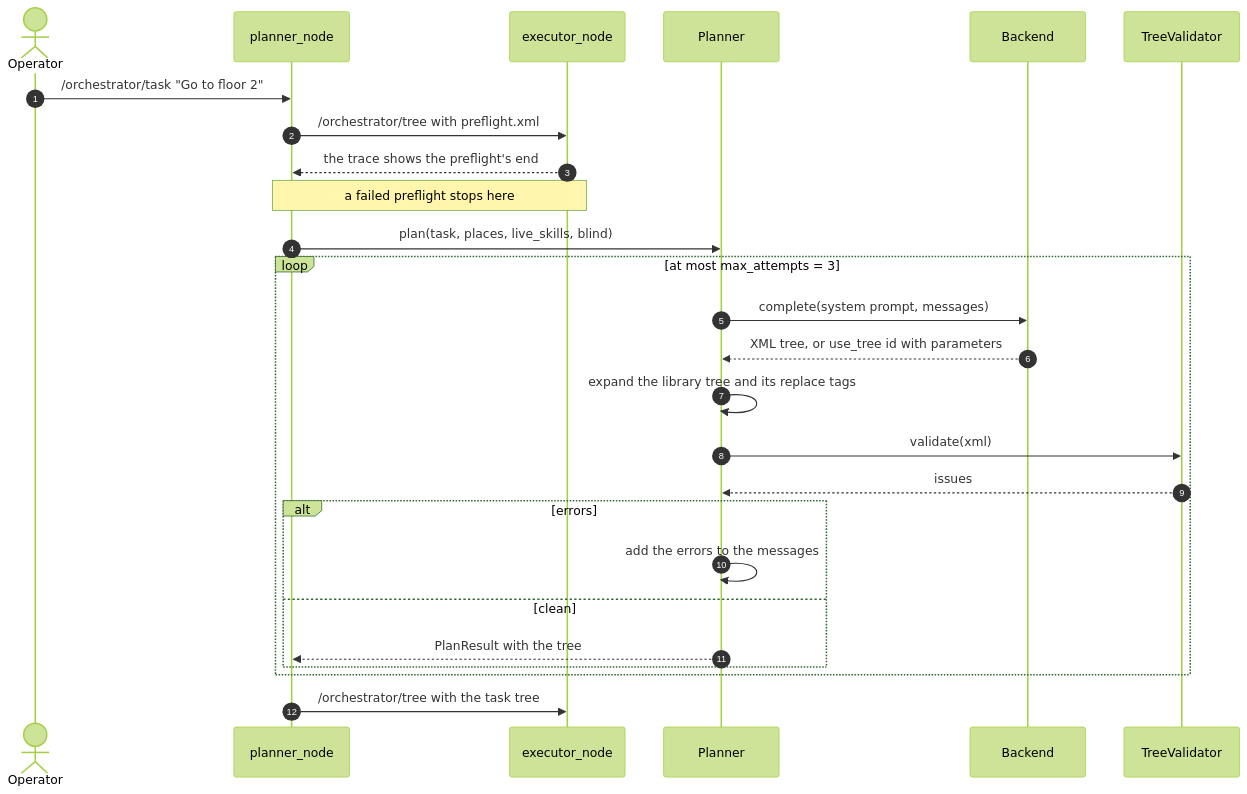
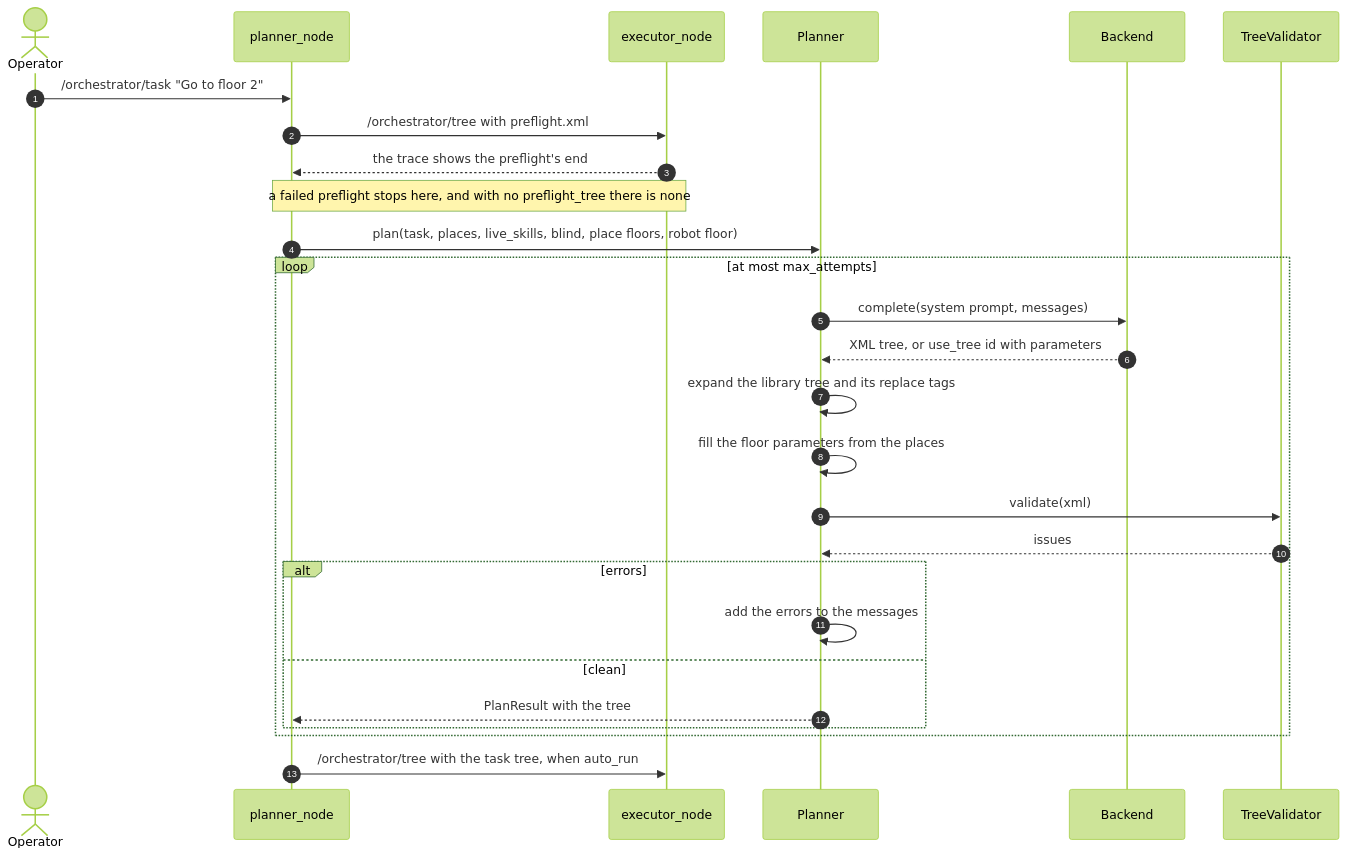
The third of 5 diagrams in docs/design/sequences.md (EigenVectorRobotics/orchestrator), drawn with Mermaid (forest theme) before and after one commit. The commit also changed other lines of this file and 73 other files, not shown here.

````diff
--- a/docs/design/sequences.md
+++ b/docs/design/sequences.md
@@ -90,28 +92,29 @@
 ```mermaid
 sequenceDiagram
   autonumber
   actor Op as Operator
   participant PN as planner_node
   participant EX as executor_node
   participant PL as Planner
   participant LLM as Backend
   participant V as TreeValidator
   Op->>PN: /orchestrator/task "Go to floor 2"
   PN->>EX: /orchestrator/tree with preflight.xml
   EX-->>PN: the trace shows the preflight's end
-  Note over PN,EX: a failed preflight stops here
-  PN->>PL: plan(task, places, live_skills, blind)
-  loop at most max_attempts = 3
+  Note over PN,EX: a failed preflight stops here, and with no preflight_tree there is none
+  PN->>PL: plan(task, places, live_skills, blind, place floors, robot floor)
+  loop at most max_attempts
     PL->>LLM: complete(system prompt, messages)
     LLM-->>PL: XML tree, or use_tree id with parameters
     PL->>PL: expand the library tree and its replace tags
+    PL->>PL: fill the floor parameters from the places
     PL->>V: validate(xml)
     V-->>PL: issues
     alt errors
       PL->>PL: add the errors to the messages
     else clean
       PL-->>PN: PlanResult with the tree
     end
   end
-  PN->>EX: /orchestrator/tree with the task tree
+  PN->>EX: /orchestrator/tree with the task tree, when auto_run
 ```
````
